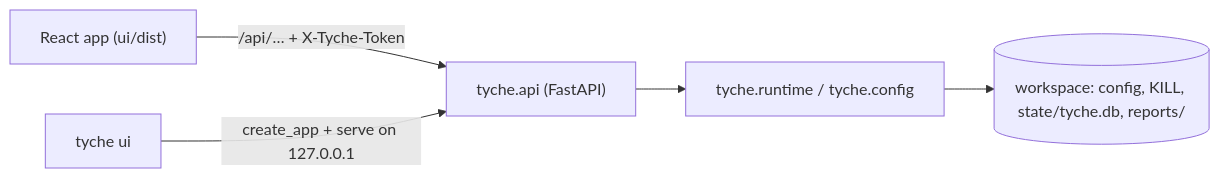
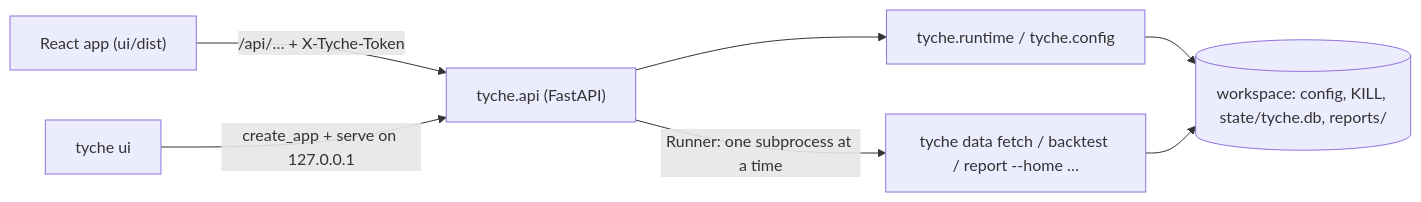
One commit to jpra0204/Tyche changed the diagram in docs/developer-guide/the-console.md. Above: the diagram before and after it, drawn with Mermaid. The commit also changed other lines of this file and 31 other files, not shown here.

First line of the commit message:
Run tyche from the console: Data and Backtests pages (console U2)

````diff
--- a/docs/developer-guide/the-console.md
+++ b/docs/developer-guide/the-console.md
@@ -5,7 +5,9 @@
 ```mermaid
 flowchart LR
     Browser["React app (ui/dist)"] -- "/api/… + X-Tyche-Token" --> API["tyche.api (FastAPI)"]
     API --> Runtime["tyche.runtime / tyche.config"]
     Runtime --> WS[("workspace: config, KILL, state/tyche.db, reports/")]
+    API -- "Runner: one subprocess at a time" --> Run["tyche data fetch / backtest / report --home …"]
+    Run --> WS
     CLI["tyche ui"] -- "create_app + serve on 127.0.0.1" --> API
 ```
````
